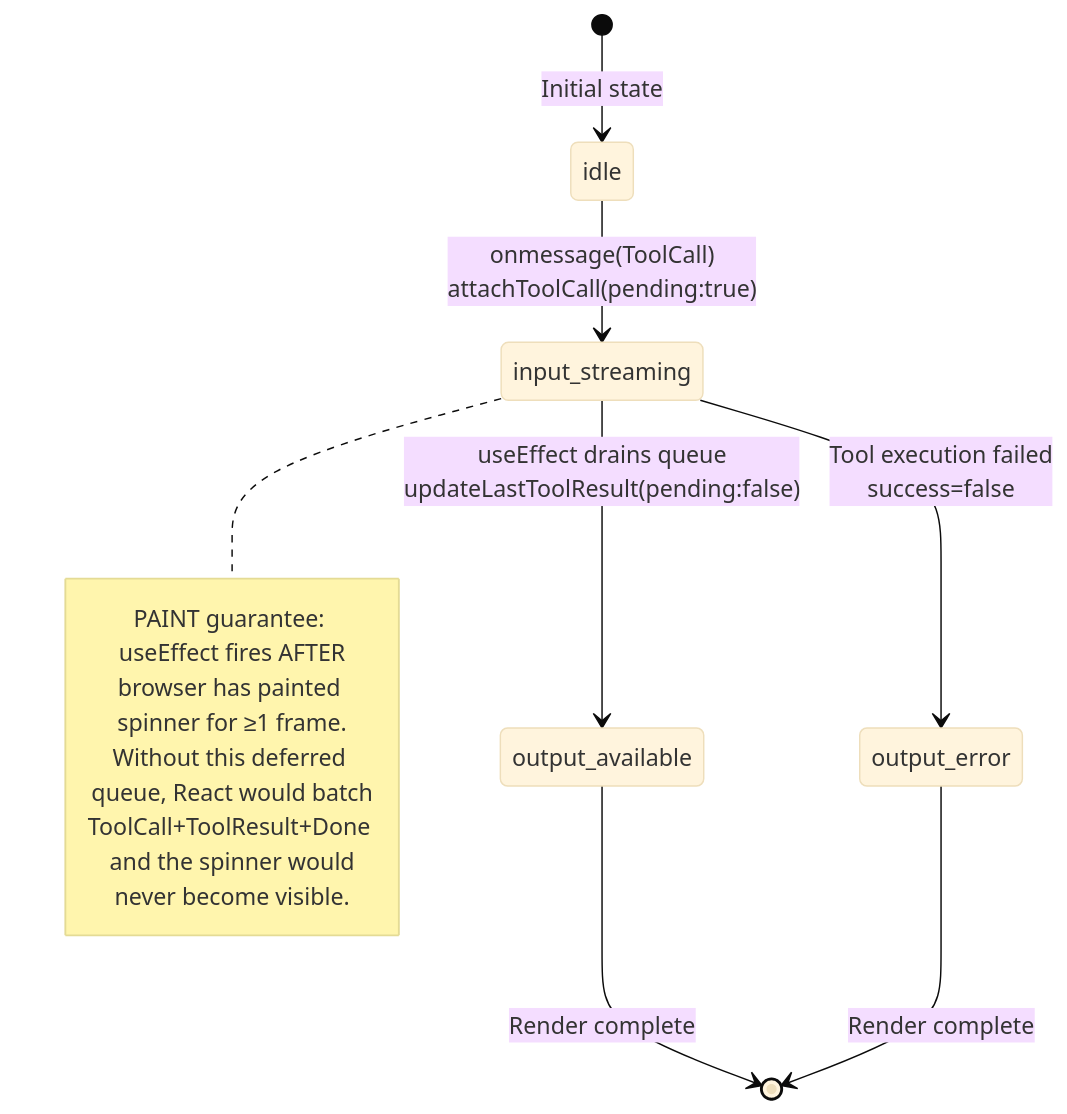
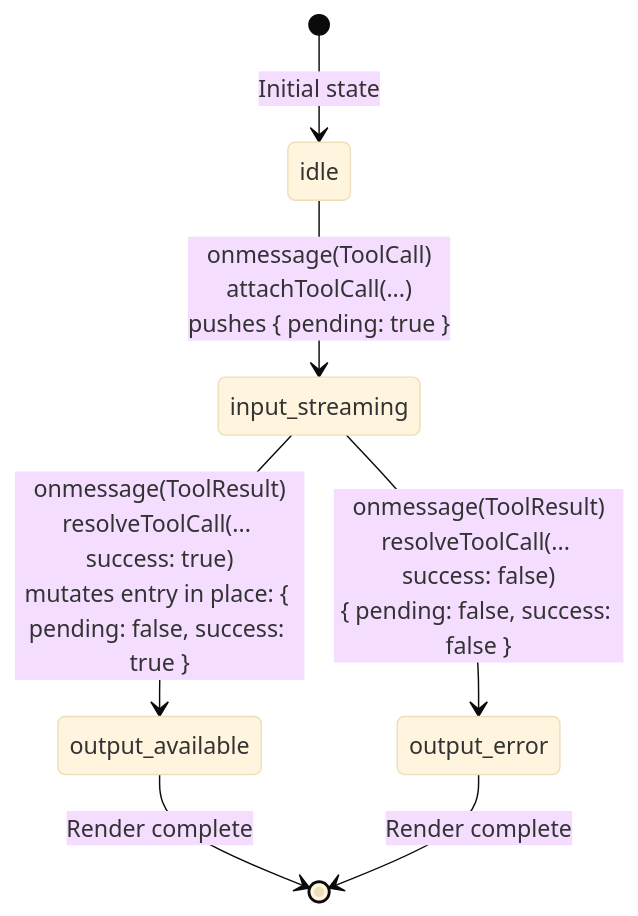
One commit to mihajlobt/rust-prototyper changed the second of 2 diagrams in docs/architecture/chat-flow.md. Above: the diagram before and after it, drawn with Mermaid (base theme). The commit also changed other lines of this file and 15 other files, not shown here.

````diff
--- a/docs/architecture/chat-flow.md
+++ b/docs/architecture/chat-flow.md
@@ -170,19 +148,11 @@
 ```mermaid
 stateDiagram-v2
     [*] --> idle: Initial state
-    idle --> input_streaming: onmessage(ToolCall)<br/>attachToolCall(pending:true)
+    idle --> input_streaming: onmessage(ToolCall)<br/>attachToolCall(...)<br/>pushes { pending: true }
 
-    input_streaming --> output_available: useEffect drains queue<br/>updateLastToolResult(pending:false)
-    input_streaming --> output_error: Tool execution failed<br/>success=false
+    input_streaming --> output_available: onmessage(ToolResult)<br/>resolveToolCall(... success: true)<br/>mutates entry in place: { pending: false, success: true }
+    input_streaming --> output_error: onmessage(ToolResult)<br/>resolveToolCall(... success: false)<br/>{ pending: false, success: false }
 
     output_available --> [*]: Render complete
     output_error --> [*]: Render complete
-
-    note right of input_streaming
-        PAINT guarantee: useEffect fires AFTER
-        browser has painted spinner for ≥1 frame.
-        Without this deferred queue, React would batch
-        ToolCall+ToolResult+Done and the spinner would
-        never become visible.
-    end note
 ```
````
